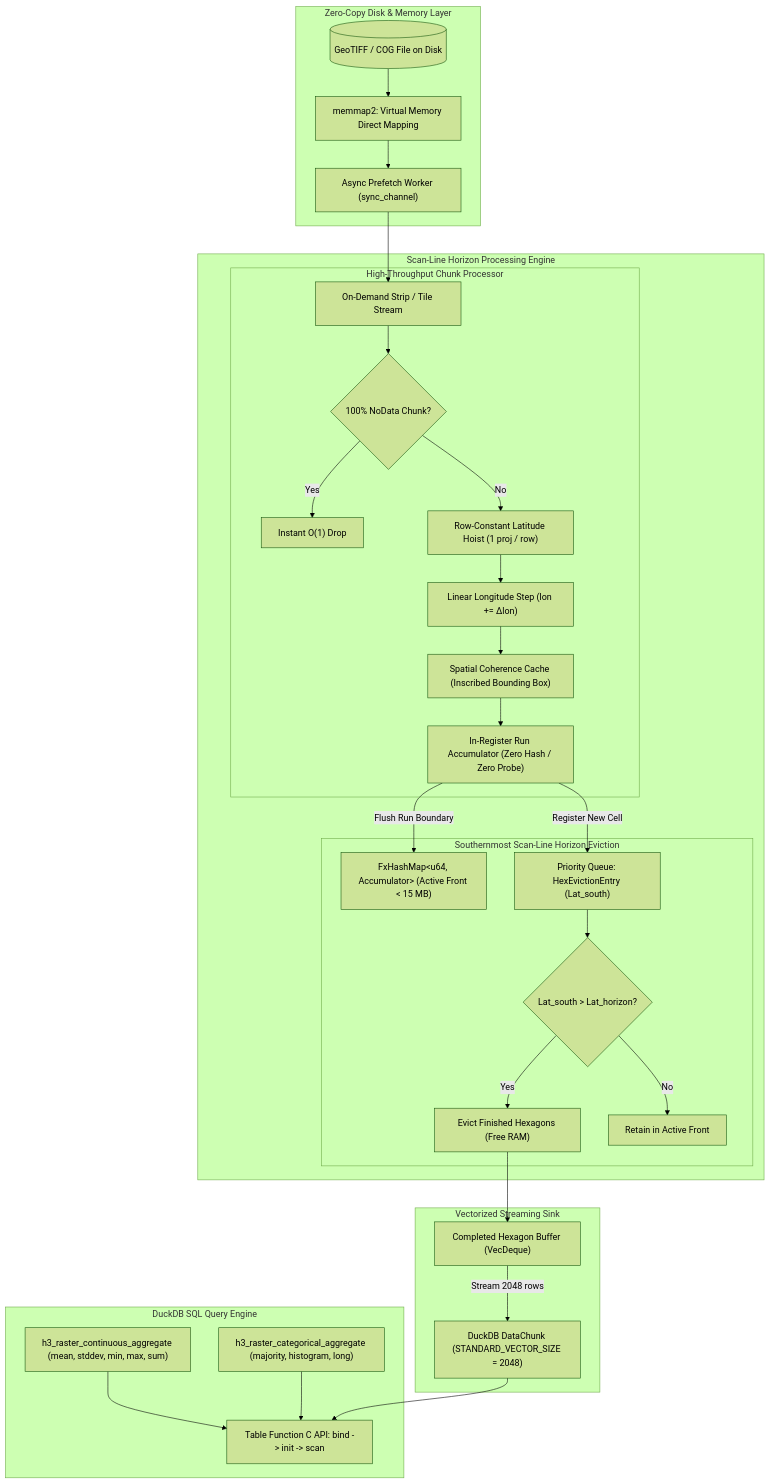
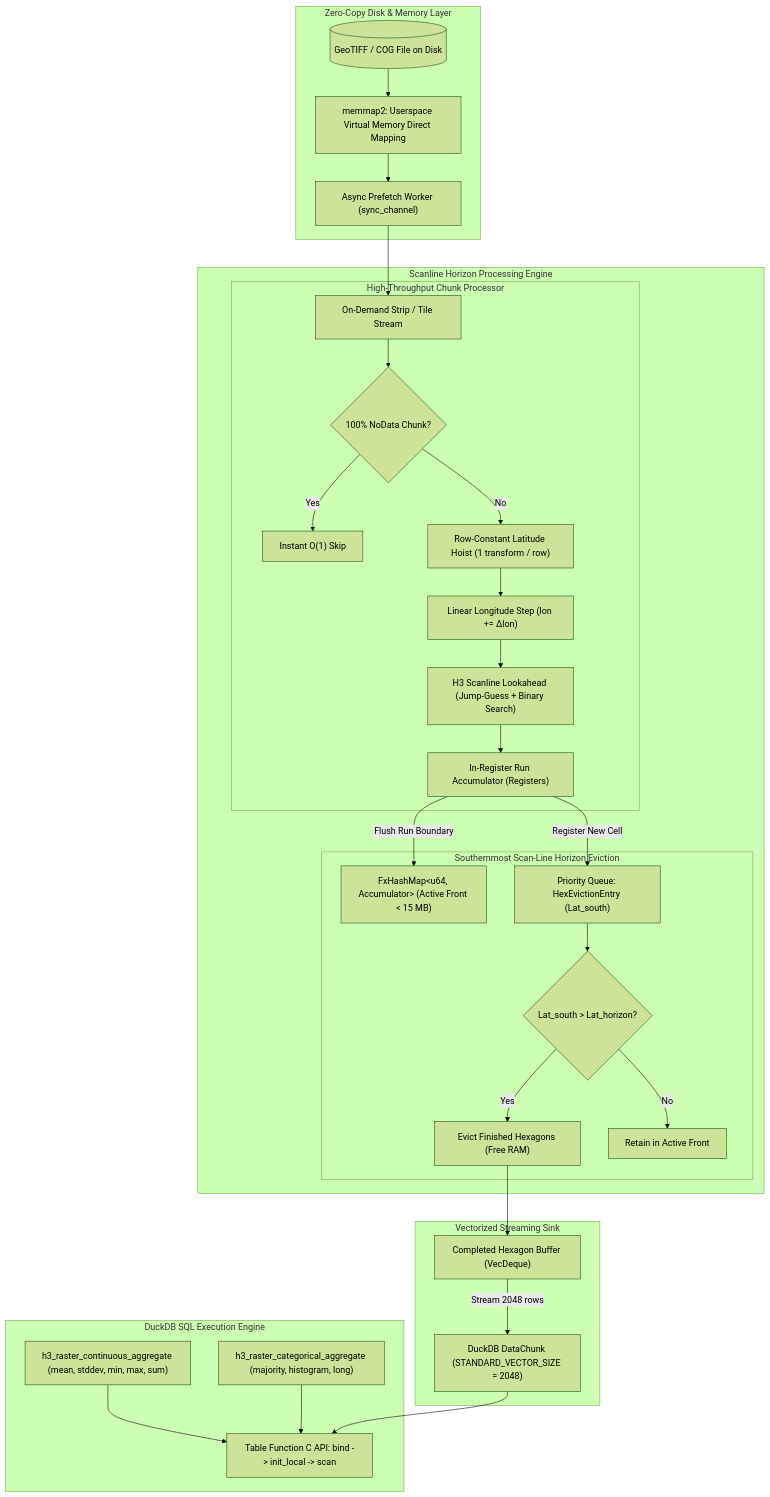
One commit to dmuldrew/raster_h3 changed the third of 3 diagrams in README.md. Above: the diagram before and after it, drawn with Mermaid (forest theme). The commit also changed other lines of this file, not shown here.

````diff
--- a/README.md
+++ b/README.md
@@ -866,51 +686,51 @@
 ```mermaid
 flowchart TD
-    subgraph DuckDB ["DuckDB SQL Query Engine"]
+    subgraph DuckDB ["DuckDB SQL Execution Engine"]
         SQL1["h3_raster_continuous_aggregate (mean, stddev, min, max, sum)"]
         SQL2["h3_raster_categorical_aggregate (majority, histogram, long)"]
-        TF["Table Function C API: bind -> init -> scan"]
+        TF["Table Function C API: bind -> init_local -> scan"]
         SQL1 --> TF
         SQL2 --> TF
     end
 
     subgraph IO ["Zero-Copy Disk & Memory Layer"]
         FILE[("GeoTIFF / COG File on Disk")]
-        MMAP["memmap2: Virtual Memory Direct Mapping"]
+        MMAP["memmap2: Userspace Virtual Memory Direct Mapping"]
         PREFETCH["Async Prefetch Worker (sync_channel)"]
         FILE --> MMAP --> PREFETCH
     end
 
-    subgraph PIPELINE ["Scan-Line Horizon Processing Engine"]
+    subgraph PIPELINE ["Scanline Horizon Processing Engine"]
         CHUNK["On-Demand Strip / Tile Stream"]
         PREFETCH --> CHUNK
 
         subgraph WORKER ["High-Throughput Chunk Processor"]
             NODATA{"100% NoData Chunk?"}
             CHUNK --> NODATA
-            NODATA -- "Yes" --> SKIP["Instant O(1) Drop"]
-            NODATA -- "No" --> HOIST["Row-Constant Latitude Hoist (1 proj / row)"]
+            NODATA -- "Yes" --> SKIP["Instant O(1) Skip"]
+            NODATA -- "No" --> HOIST["Row-Constant Latitude Hoist (1 transform / row)"]
             HOIST --> STEP["Linear Longitude Step (lon += Δlon)"]
-            STEP --> CACHE["Spatial Coherence Cache (Inscribed Bounding Box)"]
-            CACHE --> RUN["In-Register Run Accumulator (Zero Hash / Zero Probe)"]
+            STEP --> LOOKAHEAD["H3 Scanline Lookahead (Jump-Guess + Binary Search)"]
+            LOOKAHEAD --> RUN["In-Register Run Accumulator (Registers)"]
         end
 
         subgraph HORIZON ["Southernmost Scan-Line Horizon Eviction"]
             ACTIVE_MAP["FxHashMap&lt;u64, Accumulator&gt; (Active Front &lt; 15 MB)"]
             QUEUE["Priority Queue: HexEvictionEntry (Lat_south)"]
             RUN -->|"Flush Run Boundary"| ACTIVE_MAP
             RUN -->|"Register New Cell"| QUEUE
             EVICT{"Lat_south > Lat_horizon?"}
             QUEUE --> EVICT
             EVICT -- "Yes" --> POP["Evict Finished Hexagons (Free RAM)"]
             EVICT -- "No" --> KEEP["Retain in Active Front"]
         end
     end
 
     subgraph OUTPUT ["Vectorized Streaming Sink"]
         BUFFER["Completed Hexagon Buffer (VecDeque)"]
         POP --> BUFFER
         CHUNK_OUT["DuckDB DataChunk (STANDARD_VECTOR_SIZE = 2048)"]
         BUFFER -->|"Stream 2048 rows"| CHUNK_OUT
         CHUNK_OUT --> TF
     end
 ```
````
